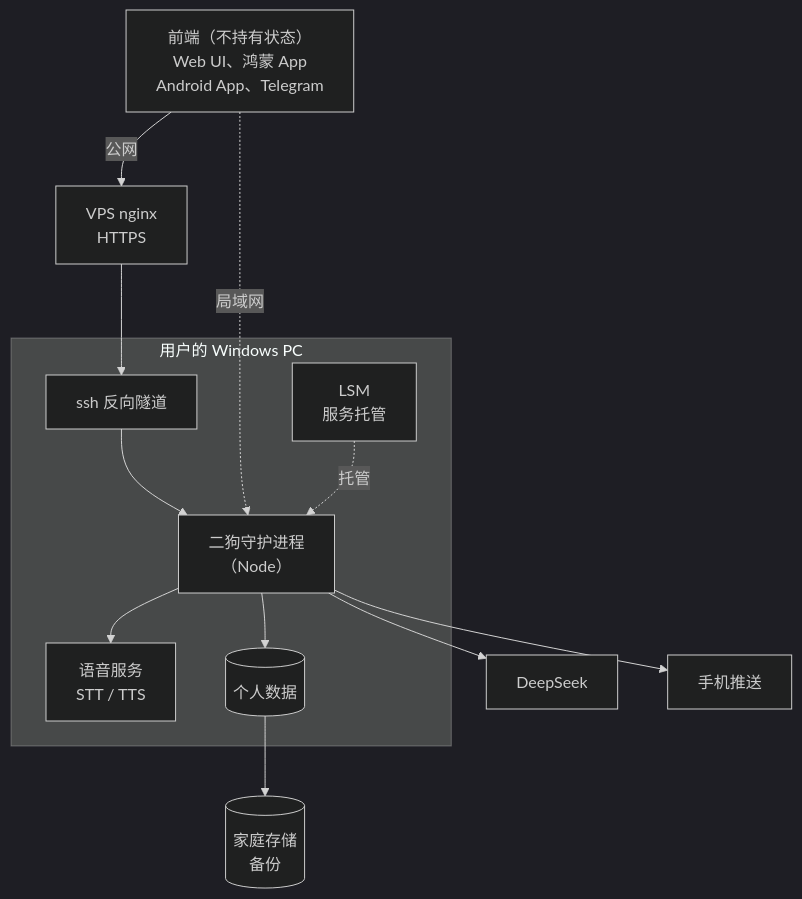
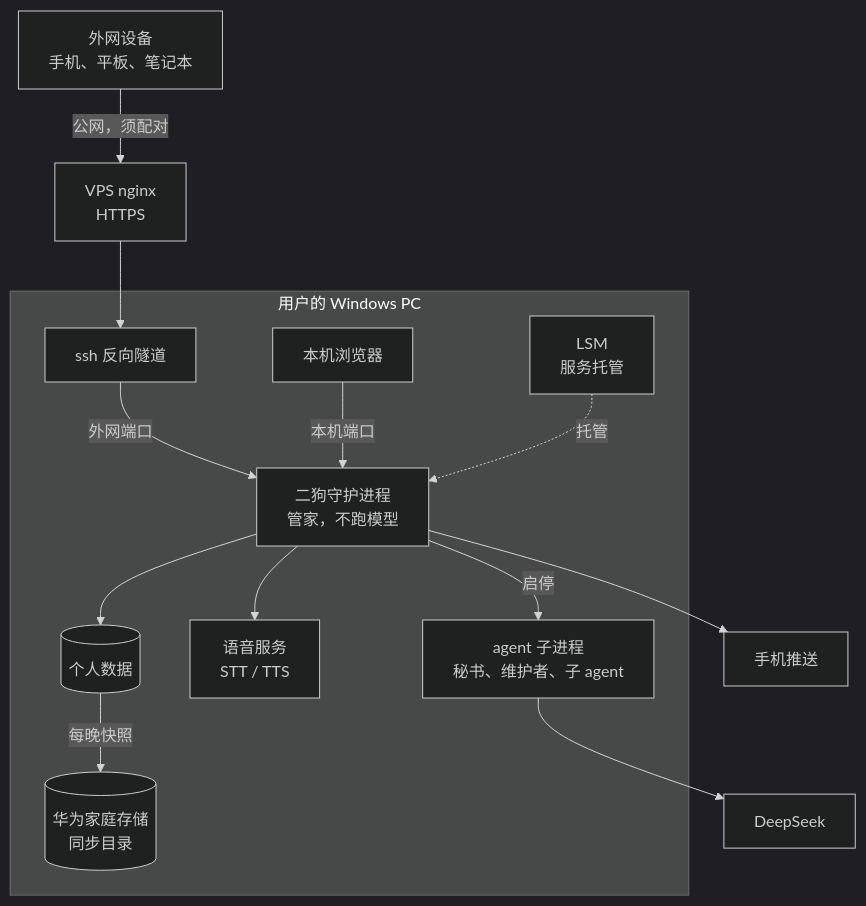
The eighth of 9 diagrams in README.md (catmaniii/ergo), drawn with Mermaid (dark theme) before and after one commit. The commit also changed other lines of this file and 34 other files, not shown here.

````diff
--- a/README.md
+++ b/README.md
@@ -212,25 +300,28 @@
 ```mermaid
 flowchart TB
-    CLIENTS["前端（不持有状态）<br/>Web UI、鸿蒙 App<br/>Android App、Telegram"]
+    CLIENTS["外网设备<br/>手机、平板、笔记本"]
     NGX["VPS nginx<br/>HTTPS"]
     subgraph PC["用户的 Windows PC"]
+        LOCAL["本机浏览器"]
         TUN["ssh 反向隧道"]
         LSM["LSM<br/>服务托管"]
-        DAEMON["二狗守护进程<br/>（Node）"]
+        DAEMON["二狗守护进程<br/>管家，不跑模型"]
+        AGENTS["agent 子进程<br/>秘书、维护者、子 agent"]
         SPEECH["语音服务<br/>STT / TTS"]
         DATA[("个人数据")]
+        SYNC[("华为家庭存储<br/>同步目录")]
     end
     DS["DeepSeek"]
     PUSH["手机推送"]
-    NAS[("家庭存储<br/>备份")]
-    CLIENTS -->|"公网"| NGX
+    CLIENTS -->|"公网，须配对"| NGX
     NGX --> TUN
-    TUN --> DAEMON
-    CLIENTS -.->|"局域网"| DAEMON
+    TUN -->|"外网端口"| DAEMON
+    LOCAL -->|"本机端口"| DAEMON
     LSM -.->|"托管"| DAEMON
+    DAEMON -->|"启停"| AGENTS
+    AGENTS --> DS
     DAEMON --> SPEECH
     DAEMON --> DATA
-    DAEMON --> DS
     DAEMON --> PUSH
-    DATA --> NAS
+    DATA -->|"每晚快照"| SYNC
 ```
````
